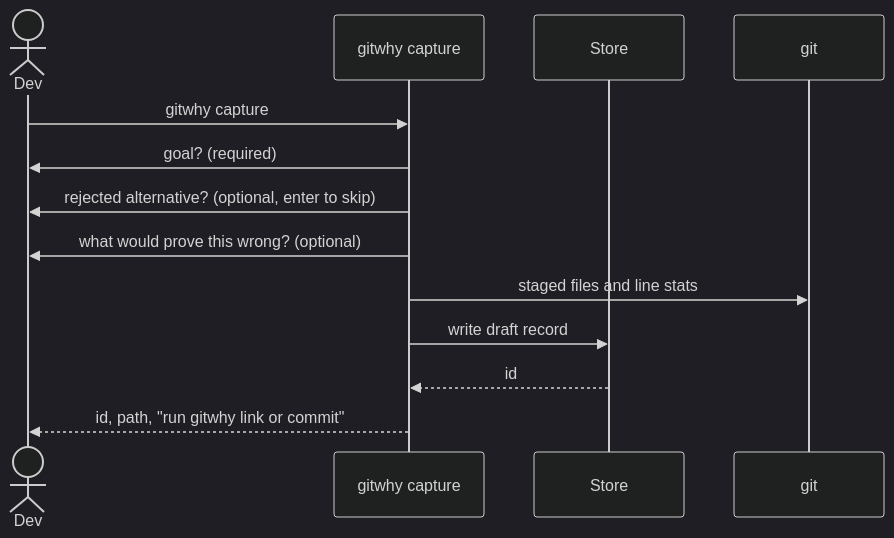
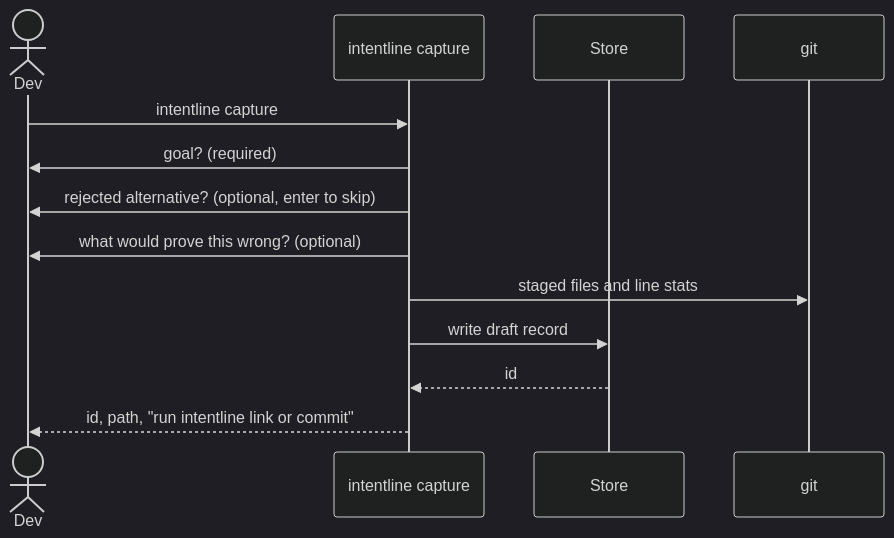
Before and after one commit to sabadia/gitwhy: the second of 2 diagrams in docs/02-architecture.md, drawn with Mermaid (dark theme). The commit also changed other lines of this file and 170 other files, not shown here.

````diff
--- a/docs/02-architecture.md
+++ b/docs/02-architecture.md
@@ -130,16 +130,16 @@
 ```mermaid
 sequenceDiagram
   actor Dev
-  participant CLI as gitwhy capture
+  participant CLI as intentline capture
   participant Store
   participant Git as git
 
-  Dev->>CLI: gitwhy capture
+  Dev->>CLI: intentline capture
   CLI->>Dev: goal? (required)
   CLI->>Dev: rejected alternative? (optional, enter to skip)
   CLI->>Dev: what would prove this wrong? (optional)
   CLI->>Git: staged files and line stats
   CLI->>Store: write draft record
   Store-->>CLI: id
-  CLI-->>Dev: id, path, "run gitwhy link or commit"
+  CLI-->>Dev: id, path, "run intentline link or commit"
 ```
````
